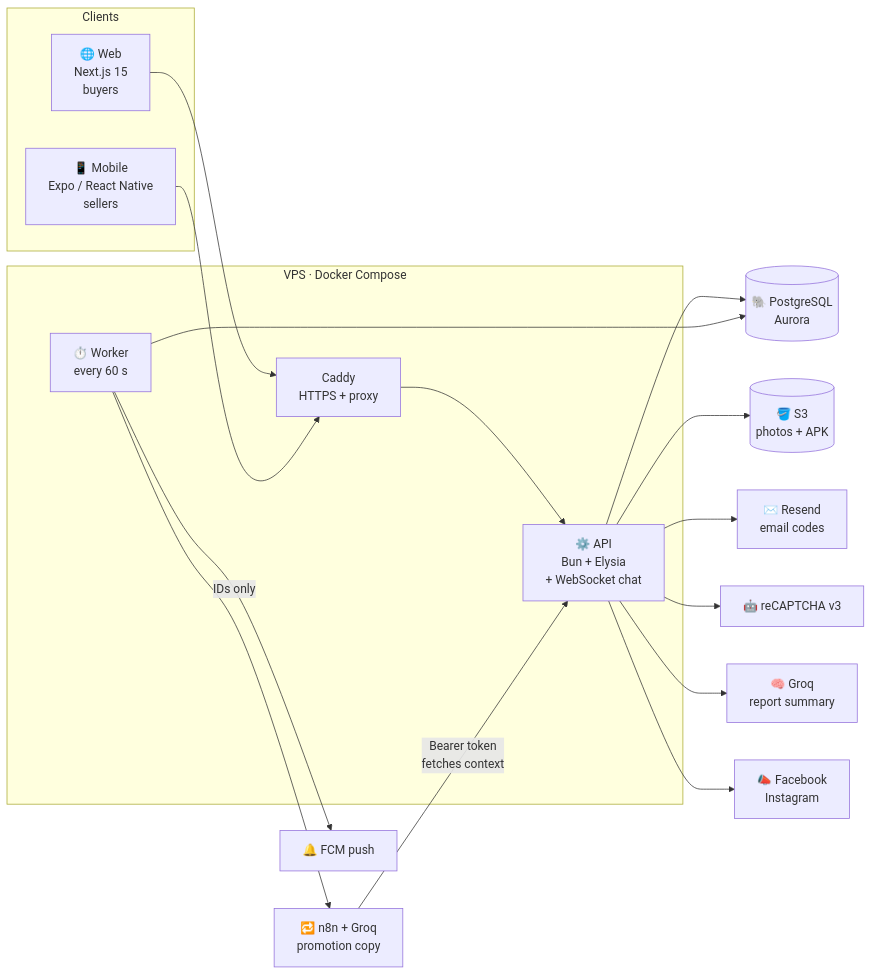
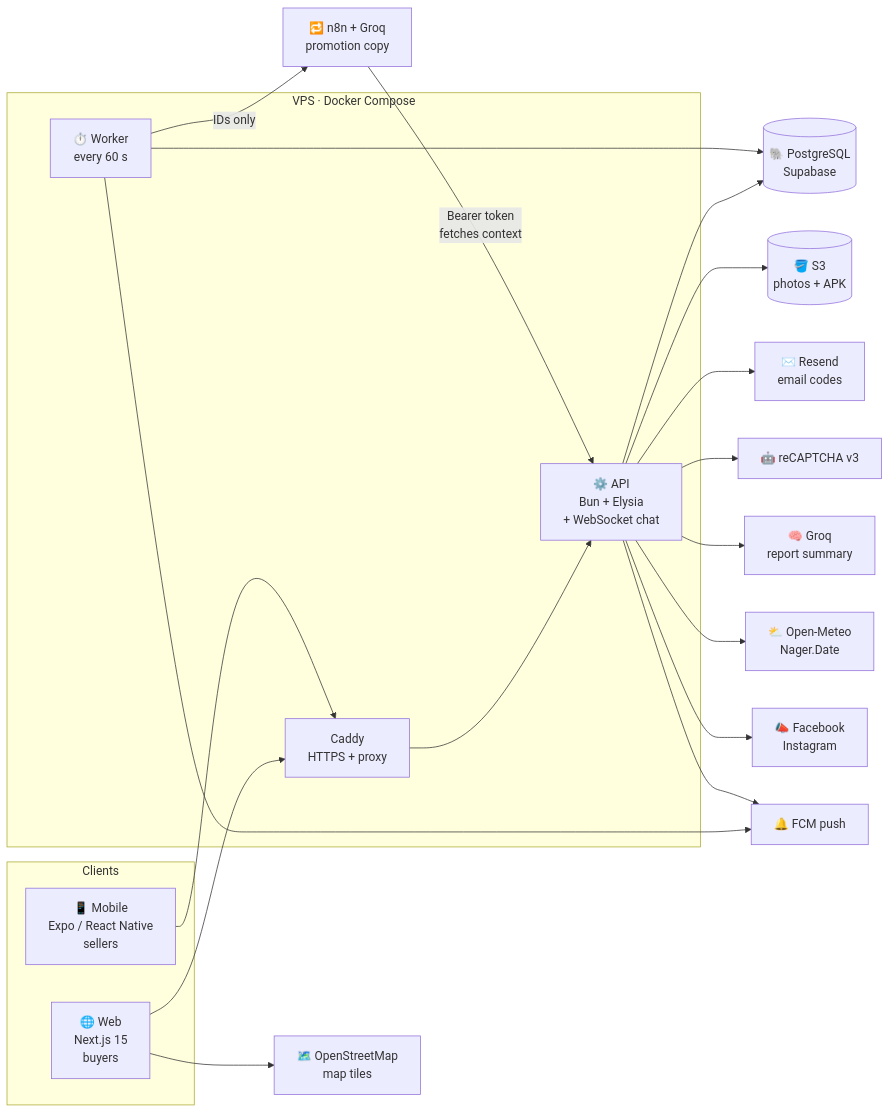
Before and after one commit to jjoaquin-dev/Agrivive: the diagram in README.md, drawn with Mermaid. The commit also changed other lines of this file and 47 other files, not shown here.

````diff
--- a/README.md
+++ b/README.md
@@ -72,36 +74,41 @@
 ```mermaid
 flowchart LR
     subgraph Clients
         W["🌐 Web<br/>Next.js 15<br/>buyers"]
         M["📱 Mobile<br/>Expo / React Native<br/>sellers"]
     end
 
     subgraph VPS["VPS · Docker Compose"]
         C["Caddy<br/>HTTPS + proxy"]
         A["⚙️ API<br/>Bun + Elysia<br/>+ WebSocket chat"]
         K["⏱️ Worker<br/>every 60 s"]
     end
 
-    DB[("🐘 PostgreSQL<br/>Aurora")]
+    DB[("🐘 PostgreSQL<br/>Supabase")]
     S3[("🪣 S3<br/>photos + APK")]
+    X["⛅ Open-Meteo<br/>Nager.Date"]
     N["🔁 n8n + Groq<br/>promotion copy"]
     FB["📣 Facebook<br/>Instagram"]
     P["🔔 FCM push"]
     E["✉️ Resend<br/>email codes"]
     G["🤖 reCAPTCHA v3"]
+    T["🗺️ OpenStreetMap<br/>map tiles"]
     Q["🧠 Groq<br/>report summary"]
 
     W --> C
+    W --> T
     M --> C
     C --> A
     A --> DB
     K --> DB
     A --> S3
     A --> E
     A --> G
     A --> Q
+    A --> X
     K -->|"IDs only"| N
     N -->|"Bearer token<br/>fetches context"| A
     A --> FB
     K --> P
+    A --> P
 ```
````
